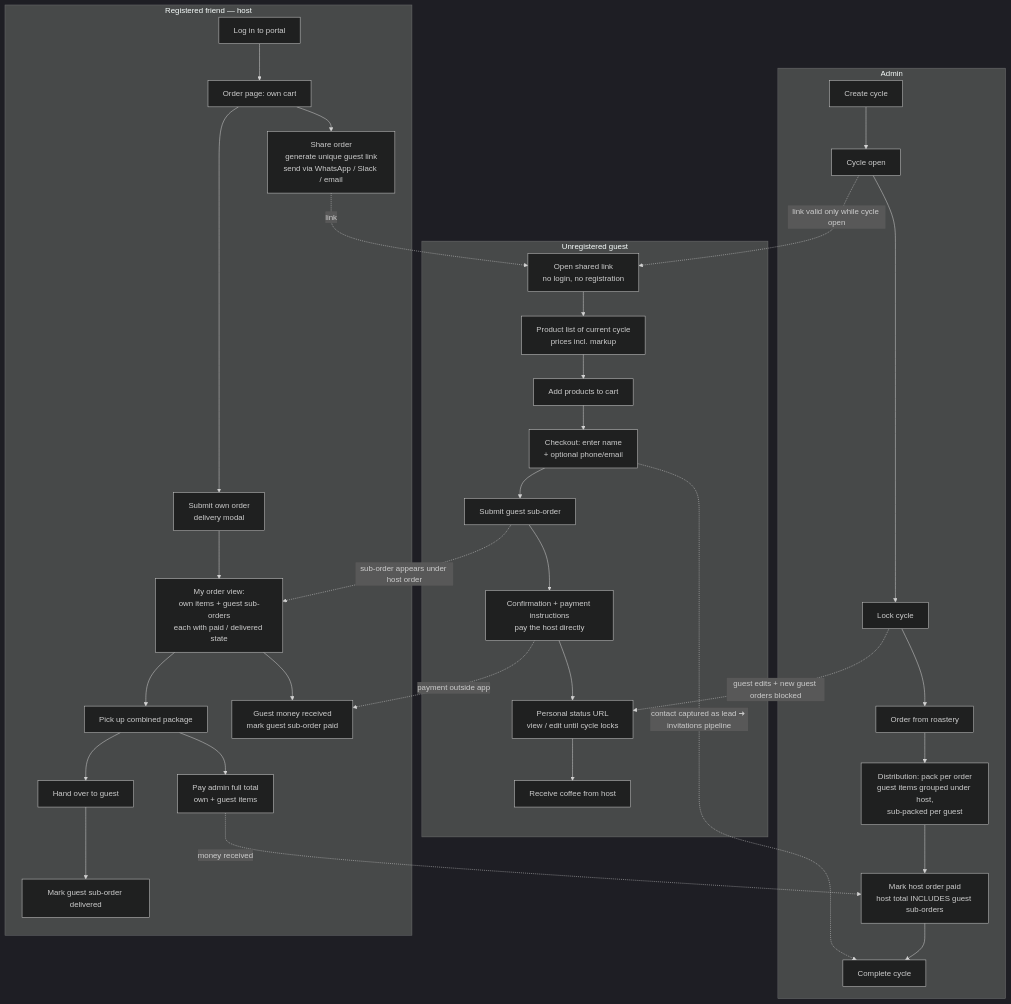
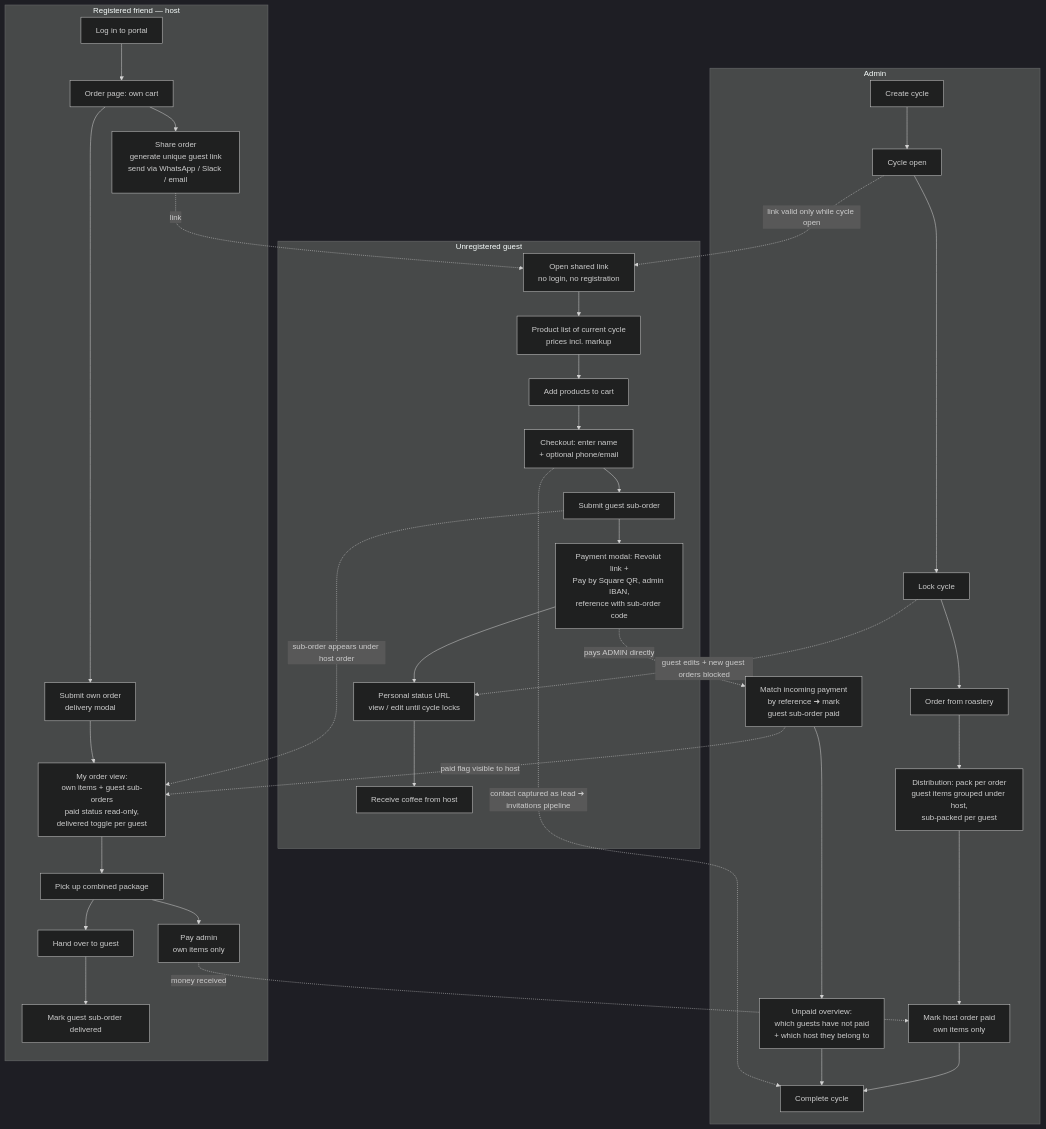
The second of 3 diagrams in docs/superpowers/specs/2026-07-18-guest-shared-orders-design.md (karolskolar/gorifi), drawn with Mermaid (dark theme) before and after one commit. The commit also changed other lines of this file, not shown here.

First line of the commit message:
Guest orders spec: guests pay admin directly via Revolut/PayBySquare

````diff
--- a/docs/superpowers/specs/2026-07-18-guest-shared-orders-design.md
+++ b/docs/superpowers/specs/2026-07-18-guest-shared-orders-design.md
@@ -57,41 +59,43 @@
 ```mermaid
 flowchart TD
     subgraph ADMIN [Admin]
         A1[Create cycle] --> A2[Cycle open]
         A2 --> A3[Lock cycle]
         A3 --> A4[Order from roastery]
         A4 --> A5[Distribution: pack per order<br/>guest items grouped under host,<br/>sub-packed per guest]
-        A5 --> A6[Mark host order paid<br/>host total INCLUDES guest sub-orders]
+        A5 --> A6[Mark host order paid<br/>own items only]
         A6 --> A7[Complete cycle]
+        AP[Match incoming payment<br/>by reference ➜ mark<br/>guest sub-order paid] --> AU[Unpaid overview:<br/>which guests have not paid<br/>+ which host they belong to]
+        AU --> A7
     end
 
     subgraph HOST [Registered friend — host]
         F1[Log in to portal] --> F2[Order page: own cart]
         F2 --> FS[Share order<br/>generate unique guest link<br/>send via WhatsApp / Slack / email]
         F2 --> F4[Submit own order<br/>delivery modal]
-        F5[My order view:<br/>own items + guest sub-orders<br/>each with paid / delivered state]
+        F5[My order view:<br/>own items + guest sub-orders<br/>paid status read-only,<br/>delivered toggle per guest]
         F4 --> F5
         F5 --> F6[Pick up combined package]
         F6 --> F7[Hand over to guest] --> F8[Mark guest sub-order delivered]
-        F5 --> F9[Guest money received<br/>mark guest sub-order paid]
-        F6 --> F10[Pay admin full total<br/>own + guest items]
+        F6 --> F10[Pay admin<br/>own items only]
     end
 
     subgraph GUEST [Unregistered guest]
         G1[Open shared link<br/>no login, no registration] --> G2[Product list of current cycle<br/>prices incl. markup]
         G2 --> G3[Add products to cart]
         G3 --> G4[Checkout: enter name<br/>+ optional phone/email]
         G4 --> G5[Submit guest sub-order]
-        G5 --> G6[Confirmation + payment instructions<br/>pay the host directly]
+        G5 --> G6[Payment modal: Revolut link +<br/>Pay by Square QR, admin IBAN,<br/>reference with sub-order code]
         G6 --> G7[Personal status URL<br/>view / edit until cycle locks]
         G7 --> G8[Receive coffee from host]
     end
 
     FS -. link .-> G1
     G5 -. sub-order appears under host order .-> F5
     A2 -. link valid only while cycle open .-> G1
     A3 -. guest edits + new guest orders blocked .-> G7
-    G6 -. payment outside app .-> F9
+    G6 -. pays ADMIN directly .-> AP
+    AP -. paid flag visible to host .-> F5
     F10 -. money received .-> A6
     G4 -. contact captured as lead ➜ invitations pipeline .-> A7
 ```
````
